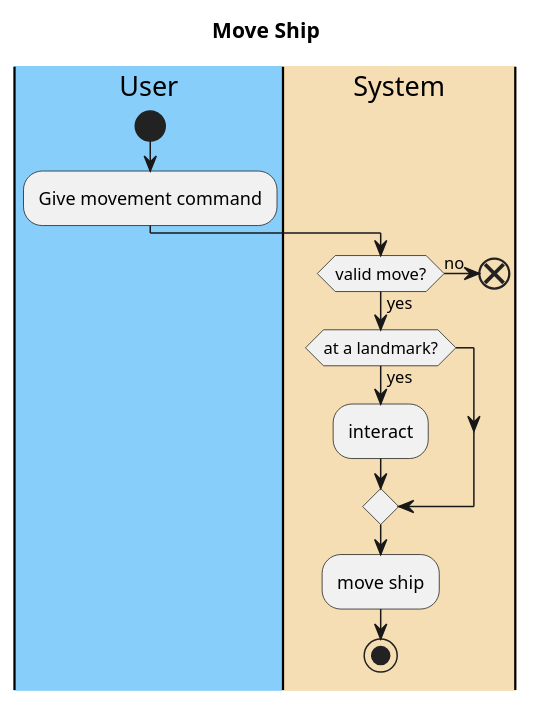
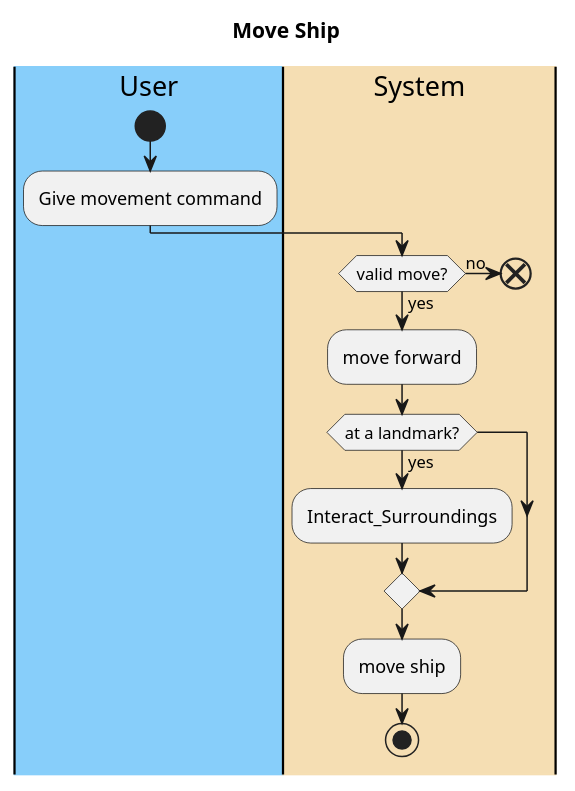
The diagram in CMPU_203_PirateGame/doc/use-cases/Move_Ship.md (emutchek/MaraudersAtSea), drawn with PlantUML before and after one commit. The commit also changed 1 other file, not shown here.

Commit message:
Added to Respond to Obstaacles based on inception feedback

````diff
--- a/CMPU_203_PirateGame/doc/use-cases/Move_Ship.md
+++ b/CMPU_203_PirateGame/doc/use-cases/Move_Ship.md
@@ -34,24 +34,25 @@
 ```PlantUML
 @startuml
 title Move Ship
 |#LightSkyBlue|User|
 |#Wheat|System|
 
 |User|
 start
 :Give movement command;
 
 |System|
 if (valid move?) then (no)
 end
 else (yes)
+:move forward;
 if (at a landmark?) then (yes)
-:interact;
+:Interact_Surroundings;
 
 endif
 :move ship;
 
 stop
 
 @enduml
 ```
````
